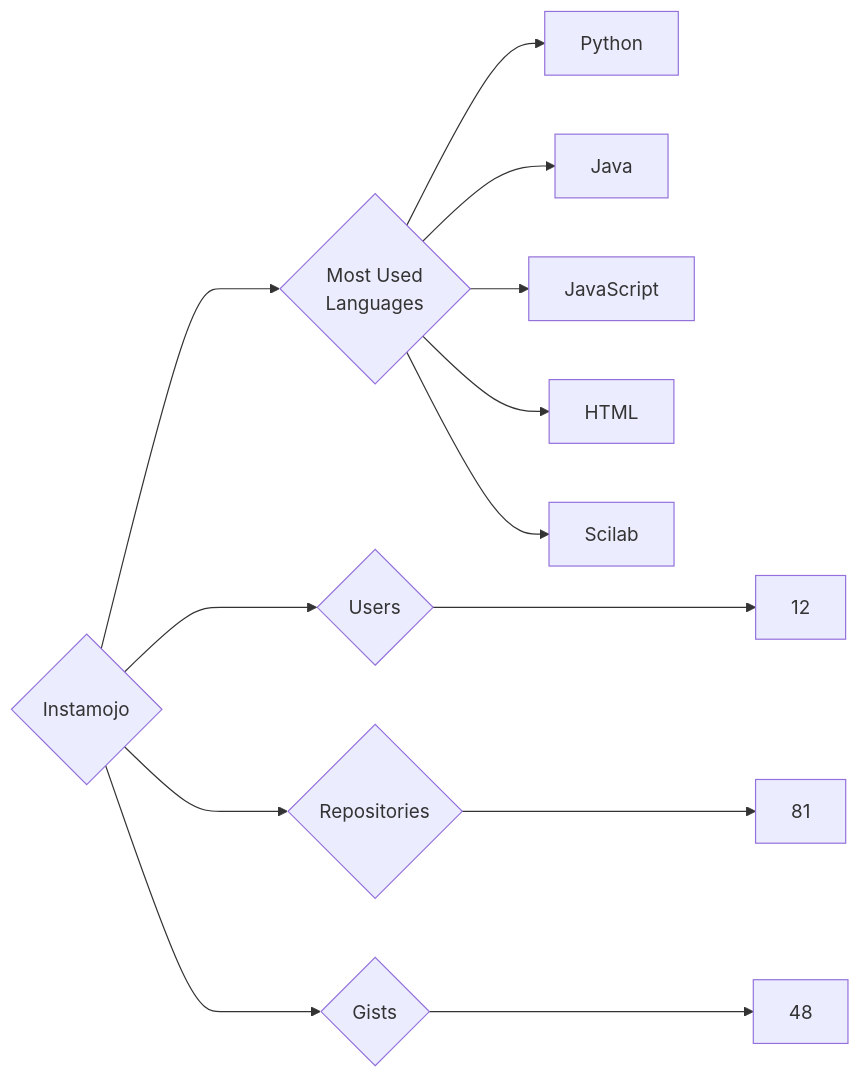
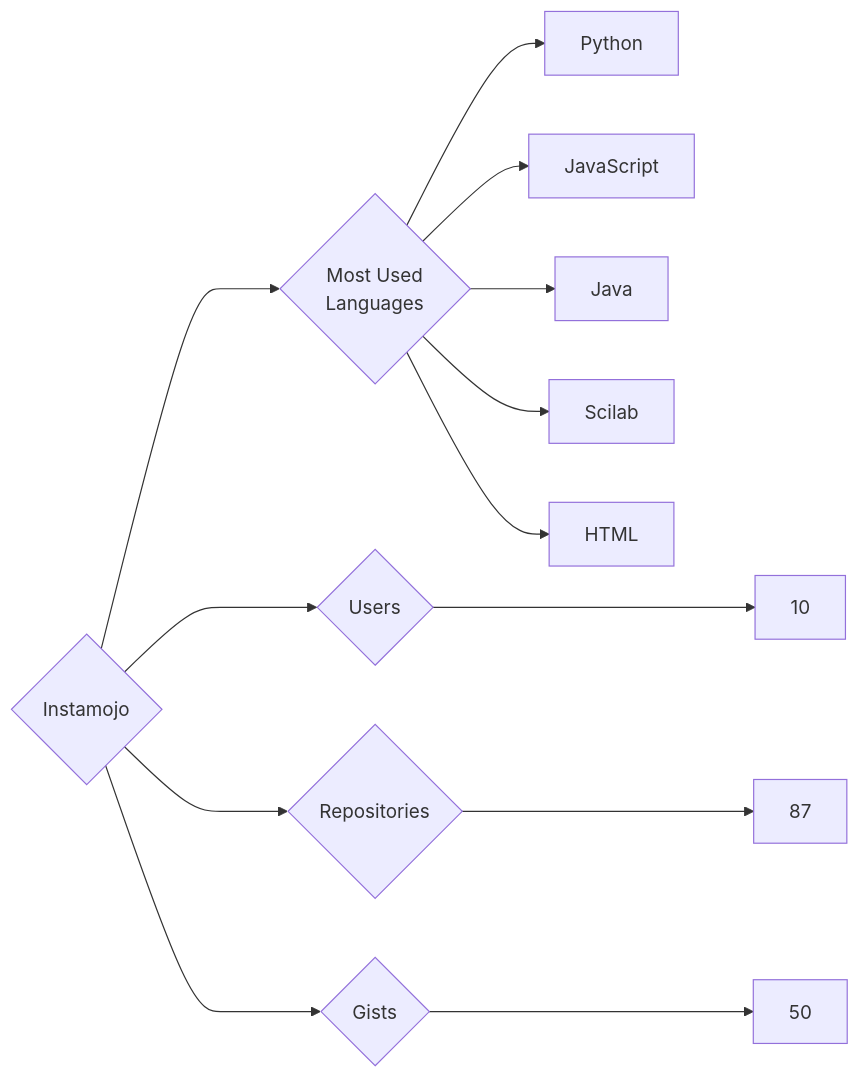
Before and after one commit to trickest/insiders: the diagram in targets/Instamojo/README.md, drawn with Mermaid. The commit also changed 935 other files, not shown here.

````diff
--- a/targets/Instamojo/README.md
+++ b/targets/Instamojo/README.md
@@ -3,13 +3,13 @@
 ```mermaid
 graph LR
 COMPANY_NAME{Instamojo}
-COMPANY_NAME ---> U{Users} ---> UN[12]
-COMPANY_NAME ---> R{Repositories} ---> RN[81]
-COMPANY_NAME ---> G{Gists} ---> GN[48]
+COMPANY_NAME ---> U{Users} ---> UN[10]
+COMPANY_NAME ---> R{Repositories} ---> RN[87]
+COMPANY_NAME ---> G{Gists} ---> GN[50]
 COMPANY_NAME ---> ML{Most Used<br>Languages}
 ML --> Python[Python]
+ML --> JavaScript[JavaScript]
 ML --> Java[Java]
-ML --> JavaScript[JavaScript]
+ML --> Scilab[Scilab]
 ML --> HTML[HTML]
-ML --> Scilab[Scilab]
 ```
````
